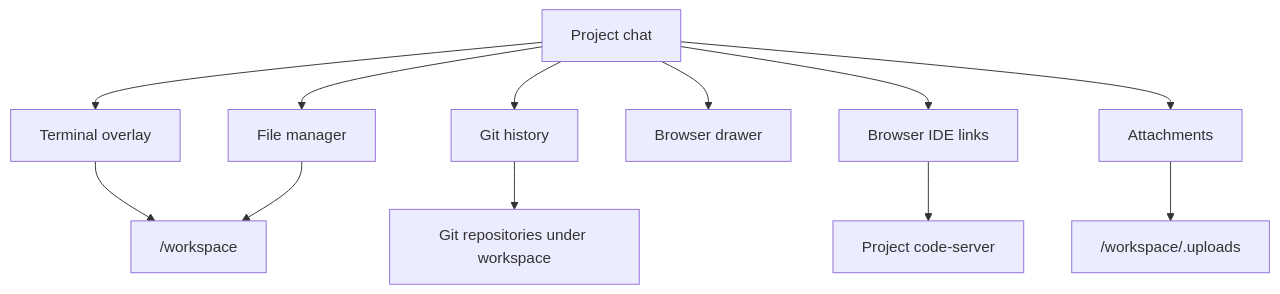
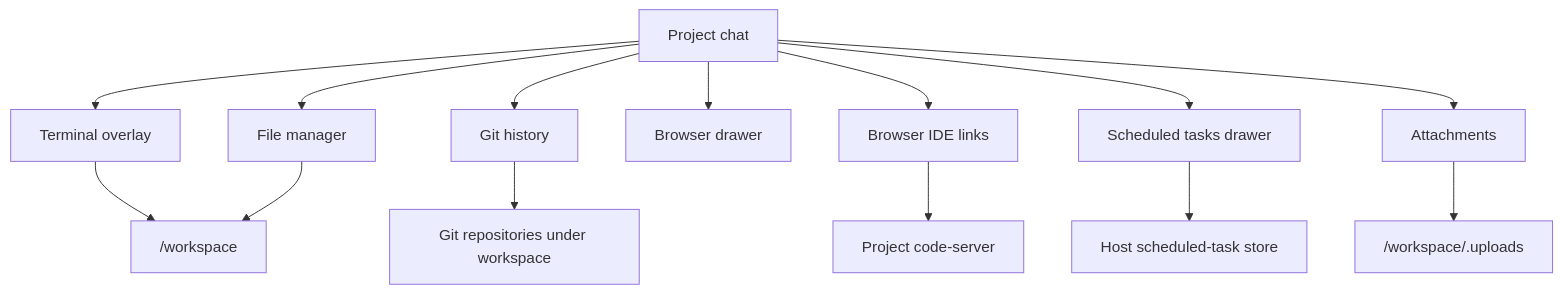
One commit to AbdallahMohamedDotnet/remote.futrx changed the first of 6 diagrams in docs/02-workspaces/05-workspace-tools.md. Above: the diagram before and after it, drawn with Mermaid. The commit also changed other lines of this file and 25 other files, not shown here.

````diff
--- a/docs/02-workspaces/05-workspace-tools.md
+++ b/docs/02-workspaces/05-workspace-tools.md
@@ -7,15 +9,17 @@
 ```mermaid
 flowchart TD
     Chat["Project chat"] --> Terminal["Terminal overlay"]
     Chat --> Files["File manager"]
     Chat --> History["Git history"]
     Chat --> Browser["Browser drawer"]
     Chat --> IDE["Browser IDE links"]
+    Chat --> Schedules["Scheduled tasks drawer"]
     Chat --> Upload["Attachments"]
 
     Terminal --> Workspace["/workspace"]
     Files --> Workspace
     History --> Repos["Git repositories under workspace"]
     IDE --> CodeServer["Project code-server"]
     Upload --> UploadDir["/workspace/.uploads"]
+    Schedules --> ScheduleStore["Host scheduled-task store"]
 ```
````
